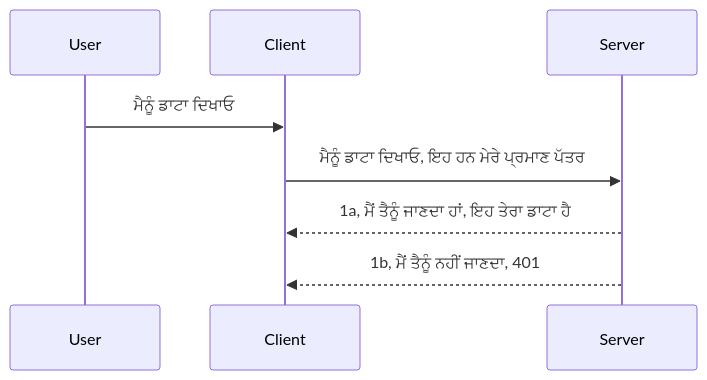
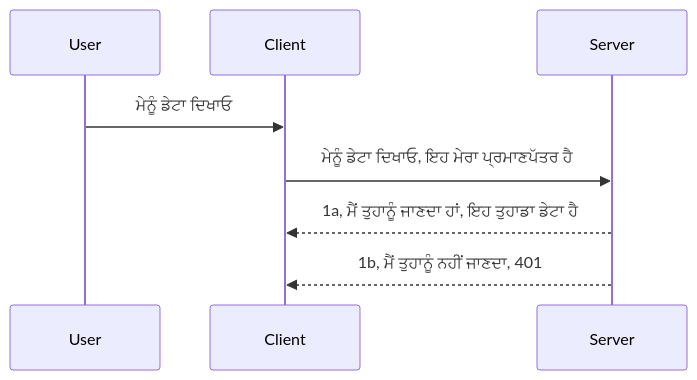
Before and after one commit to HIDORAKAI002/ai-workspace-archive: the diagram in mcp_ecosystem__model_context_protocol/mcp_learning_resources/mcp-for-beginners/translations/pa/03-GettingStarted/11-simple-auth/README.md, drawn with Mermaid. The commit also changed other lines of this file and 1160 other files, not shown here.

````diff
--- a/mcp_ecosystem__model_context_protocol/mcp_learning_resources/mcp-for-beginners/translations/pa/03-GettingStarted/11-simple-auth/README.md
+++ b/mcp_ecosystem__model_context_protocol/mcp_learning_resources/mcp-for-beginners/translations/pa/03-GettingStarted/11-simple-auth/README.md
@@ -24,11 +24,11 @@
 ```mermaid
 sequenceDiagram
    participant User
    participant Client
    participant Server
 
-   User->>Client: ਮੈਨੂੰ ਡਾਟਾ ਦਿਖਾਓ
-   Client->>Server: ਮੈਨੂੰ ਡਾਟਾ ਦਿਖਾਓ, ਇਹ ਹਨ ਮੇਰੇ ਪ੍ਰਮਾਣ ਪੱਤਰ
-   Server-->>Client: 1a, ਮੈਂ ਤੈਨੂੰ ਜਾਣਦਾ ਹਾਂ, ਇਹ ਤੇਰਾ ਡਾਟਾ ਹੈ
-   Server-->>Client: 1b, ਮੈਂ ਤੈਨੂੰ ਨਹੀਂ ਜਾਣਦਾ, 401 
+   User->>Client: ਮੇਨੂੰ ਡੇਟਾ ਦਿਖਾਓ
+   Client->>Server: ਮੇਨੂੰ ਡੇਟਾ ਦਿਖਾਓ, ਇਹ ਮੇਰਾ ਪ੍ਰਮਾਣਪੱਤਰ ਹੈ
+   Server-->>Client: 1a, ਮੈਂ ਤੁਹਾਨੂੰ ਜਾਣਦਾ ਹਾਂ, ਇਹ ਤੁਹਾਡਾ ਡੇਟਾ ਹੈ
+   Server-->>Client: 1b, ਮੈਂ ਤੁਹਾਨੂੰ ਨਹੀਂ ਜਾਣਦਾ, 401 
 ```
````
